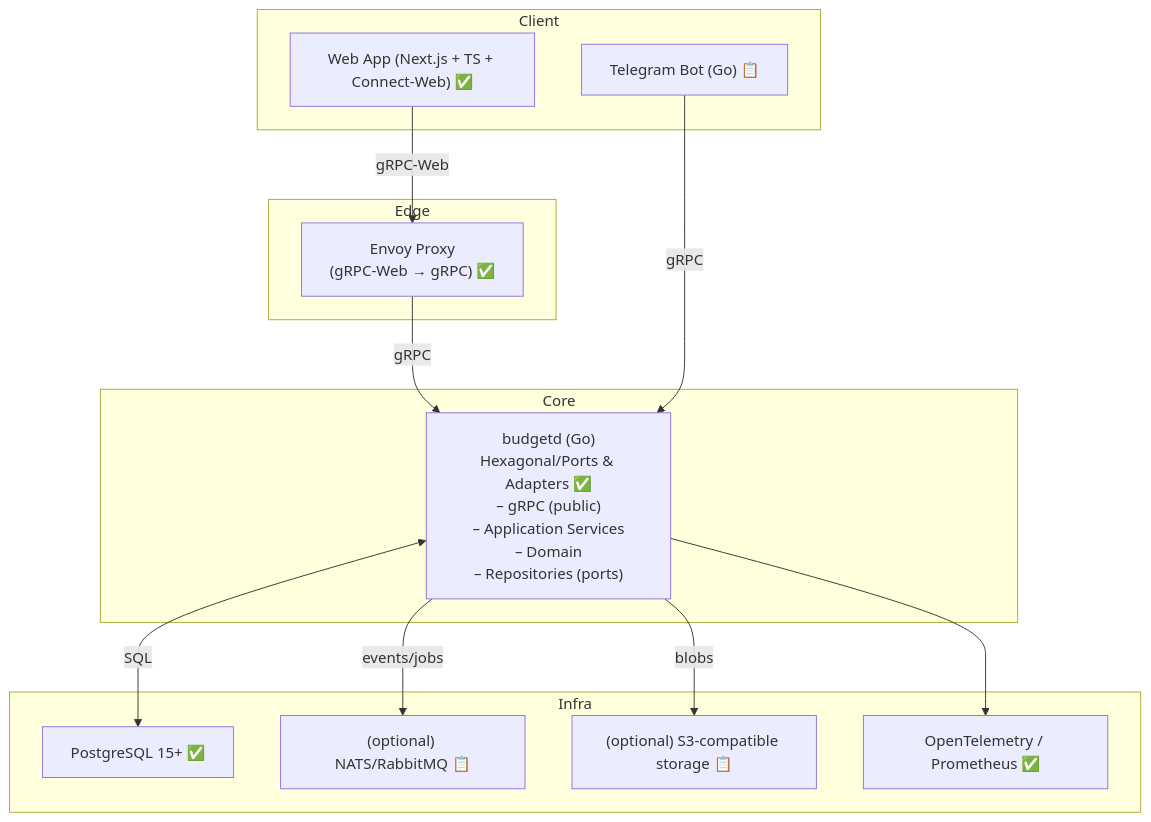
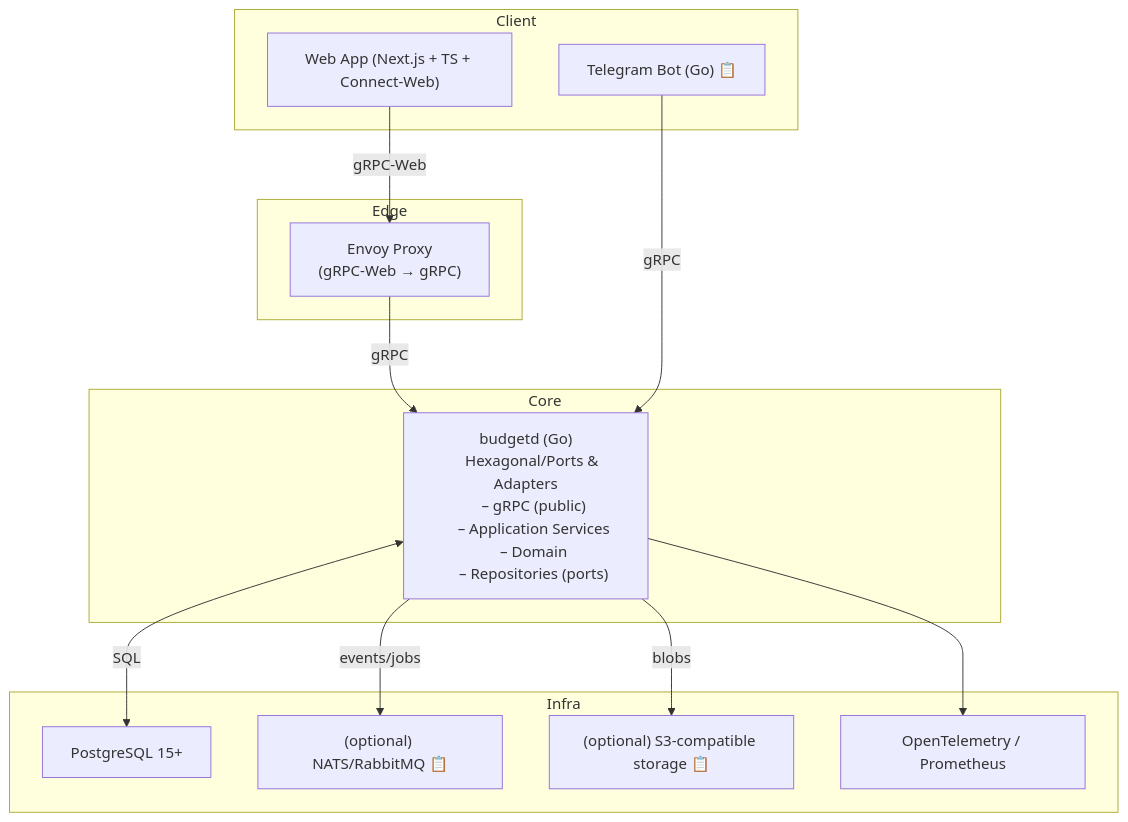
Before and after one commit to positron48/budget: the diagram in README.md, drawn with Mermaid. The commit also changed other lines of this file and 1 other file, not shown here.

Commit message:
en readme, updates

````diff
--- a/README.md
+++ b/README.md
@@ -26,29 +26,35 @@
 ```mermaid
 flowchart TB
   subgraph Client
-    Web["Web App (Next.js + TS + Connect-Web) ✅"]
+    Web["Web App (Next.js + TS + Connect-Web)"]
     TG["Telegram Bot (Go) 📋"]
   end
 
   subgraph Edge
-    Envoy["Envoy Proxy\n(gRPC-Web → gRPC) ✅"]
+    Envoy["Envoy Proxy
+    (gRPC-Web → gRPC)"]
   end
 
   subgraph Core
-    Budgetd["budgetd (Go)\nHexagonal/Ports & Adapters ✅\n– gRPC (public)\n– Application Services\n– Domain\n– Repositories (ports)"]
+    Budgetd["budgetd (Go)
+    Hexagonal/Ports & Adapters
+    – gRPC (public)
+    – Application Services
+    – Domain
+    – Repositories (ports)"]
   end
 
   subgraph Infra
-    PG["PostgreSQL 15+ ✅"]
+    PG["PostgreSQL 15+"]
     MQ["(optional) NATS/RabbitMQ 📋"]
     S3["(optional) S3-compatible storage 📋"]
-    OTEL["OpenTelemetry / Prometheus ✅"]
+    OTEL["OpenTelemetry / Prometheus"]
   end
 
   Web -->|gRPC-Web| Envoy -->|gRPC| Budgetd
   TG -->|gRPC| Budgetd
   Budgetd <-->|SQL| PG
   Budgetd -->|events/jobs| MQ
   Budgetd -->|blobs| S3
   Budgetd --> OTEL
 ```
````
